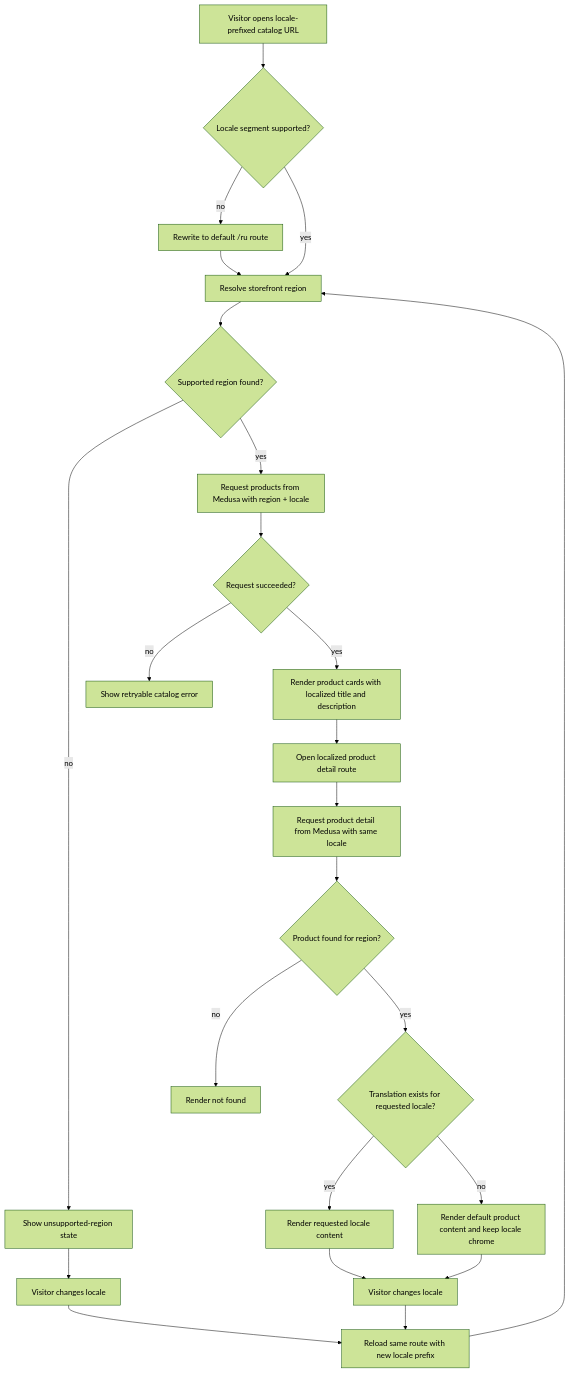
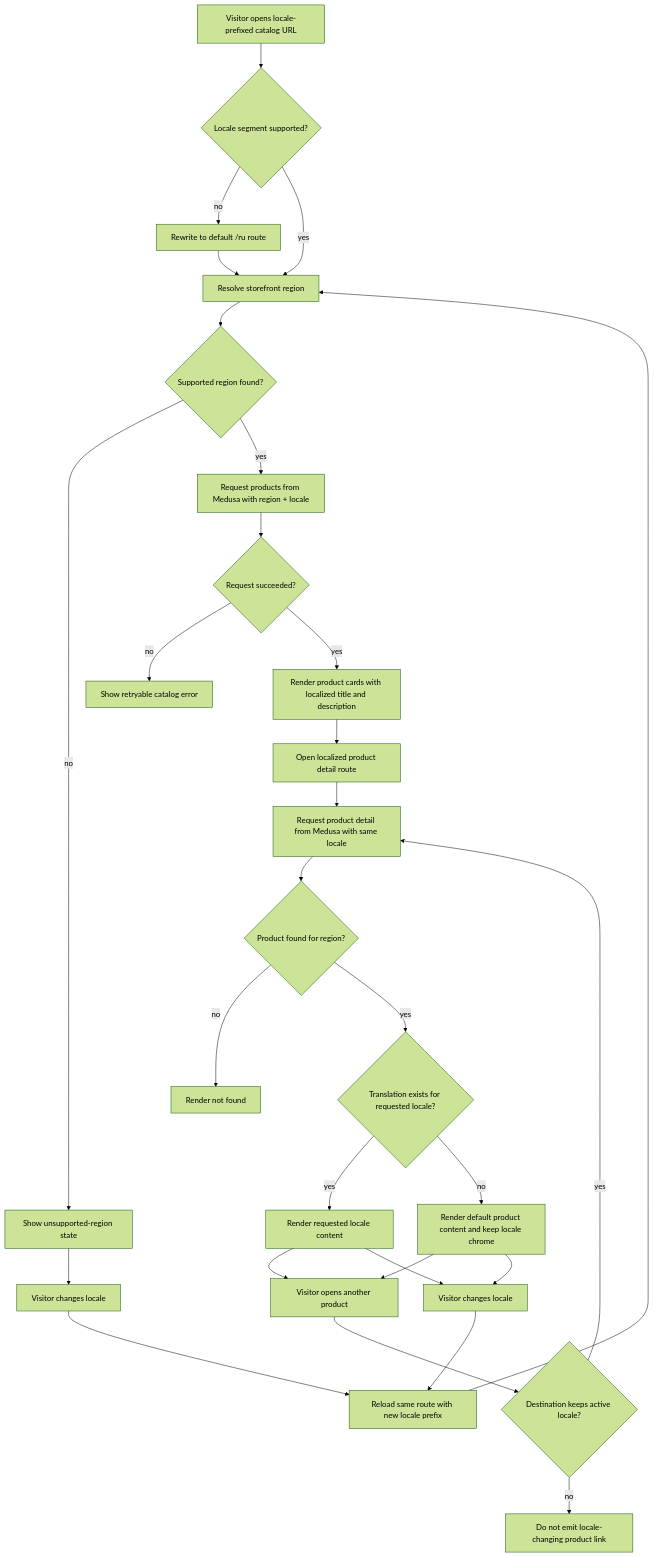
One commit to AtoshaKartosha/sunluk changed the first of 3 diagrams in flows/features/catalog-localization.md. Above: the diagram before and after it, drawn with Mermaid (forest theme). The commit also changed other lines of this file and 10 other files, not shown here.

````diff
--- a/flows/features/catalog-localization.md
+++ b/flows/features/catalog-localization.md
@@ -56,26 +58,31 @@
 ```mermaid
 flowchart TD
   Start[Visitor opens locale-prefixed catalog URL] --> Locale{Locale segment supported?}
   Locale -->|no| Rewrite[Rewrite to default /ru route]
   Locale -->|yes| Region[Resolve storefront region]
   Rewrite --> Region
   Region --> RegionOk{Supported region found?}
   RegionOk -->|no| UnsupportedRegion[Show unsupported-region state]
   UnsupportedRegion --> SwitchRegionLocale[Visitor changes locale]
   SwitchRegionLocale --> Reload
   RegionOk -->|yes| LoadCatalog[Request products from Medusa with region + locale]
   LoadCatalog --> CatalogOk{Request succeeded?}
   CatalogOk -->|no| CatalogError[Show retryable catalog error]
   CatalogOk -->|yes| List[Render product cards with localized title and description]
   List --> Detail[Open localized product detail route]
   Detail --> LoadDetail[Request product detail from Medusa with same locale]
   LoadDetail --> DetailOk{Product found for region?}
   DetailOk -->|no| NotFound[Render not found]
   DetailOk -->|yes| Translation{Translation exists for requested locale?}
   Translation -->|yes| LocalizedView[Render requested locale content]
   Translation -->|no| FallbackView[Render default product content and keep locale chrome]
+  LocalizedView --> Related[Visitor opens another product]
+  FallbackView --> Related
+  Related --> SameLocale{Destination keeps active locale?}
+  SameLocale -->|yes| LoadDetail
+  SameLocale -->|no| InvalidLink[Do not emit locale-changing product link]
   LocalizedView --> Switch[Visitor changes locale]
   FallbackView --> Switch
   Switch --> Reload[Reload same route with new locale prefix]
   Reload --> Region
 ```
````
